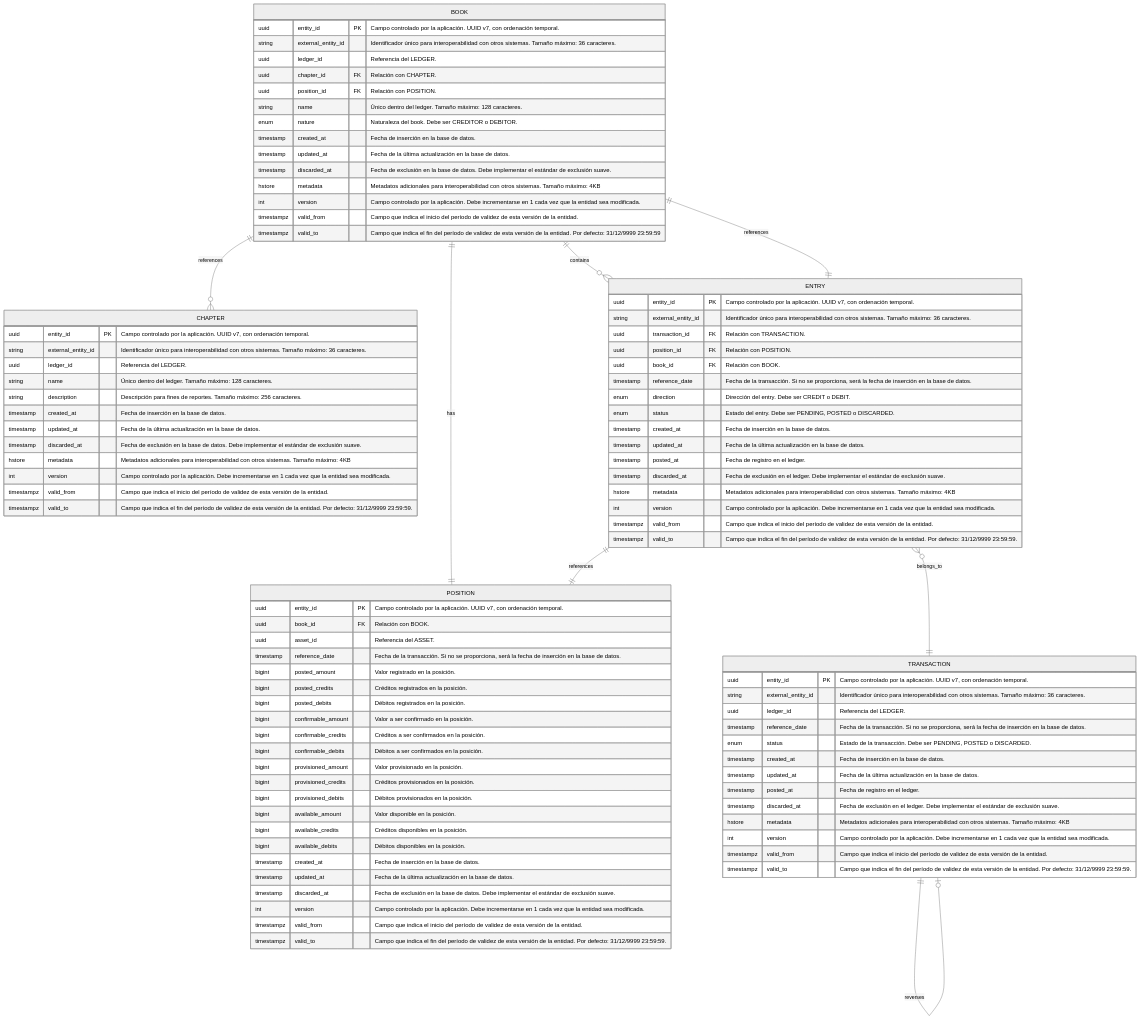
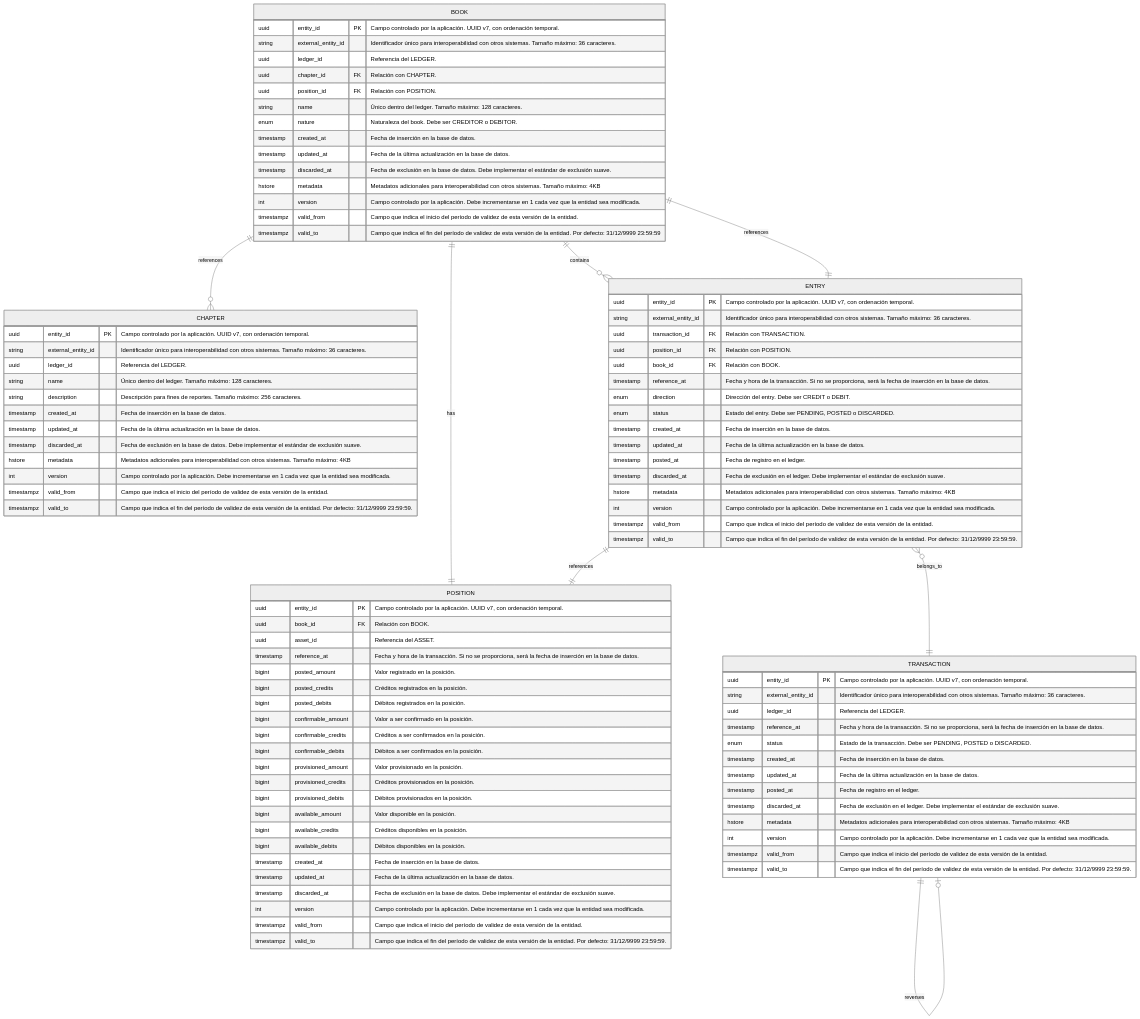
The second of 3 diagrams in i18n/es/docusaurus-plugin-content-docs/current/modules/lke/models/entity-relationship-diagram.md (guardiafinance/.github), drawn with Mermaid before and after one commit. The commit also changed other lines of this file and 28 other files, not shown here.

```diff
--- a/i18n/es/docusaurus-plugin-content-docs/current/modules/lke/models/entity-relationship-diagram.md
+++ b/i18n/es/docusaurus-plugin-content-docs/current/modules/lke/models/entity-relationship-diagram.md
@@ -160,7 +160,7 @@
         uuid entity_id PK "Campo controlado por la aplicación. UUID v7, con ordenación temporal."
         uuid book_id FK "Relación con BOOK."
         uuid asset_id "Referencia del ASSET."
-        timestamp reference_date "Fecha de la transacción. Si no se proporciona, será la fecha de inserción en la base de datos."
+        timestamp reference_at "Fecha y hora de la transacción. Si no se proporciona, será la fecha de inserción en la base de datos."
         bigint posted_amount "Valor registrado en la posición."
         bigint posted_credits "Créditos registrados en la posición."
         bigint posted_debits "Débitos registrados en la posición."
@@ -190,7 +190,7 @@
         uuid transaction_id FK "Relación con TRANSACTION."
         uuid position_id FK "Relación con POSITION."
         uuid book_id FK "Relación con BOOK."
-        timestamp reference_date "Fecha de la transacción. Si no se proporciona, será la fecha de inserción en la base de datos."
+        timestamp reference_at "Fecha y hora de la transacción. Si no se proporciona, será la fecha de inserción en la base de datos."
         enum direction "Dirección del entry. Debe ser CREDIT o DEBIT."
         enum status "Estado del entry. Debe ser PENDING, POSTED o DISCARDED."
         timestamp created_at "Fecha de inserción en la base de datos."
@@ -208,7 +208,7 @@
         uuid entity_id PK "Campo controlado por la aplicación. UUID v7, con ordenación temporal."
         string external_entity_id "Identificador único para interoperabilidad con otros sistemas. Tamaño máximo: 36 caracteres."
         uuid ledger_id "Referencia del LEDGER."
-        timestamp reference_date "Fecha de la transacción. Si no se proporciona, será la fecha de inserción en la base de datos."
+        timestamp reference_at "Fecha y hora de la transacción. Si no se proporciona, será la fecha de inserción en la base de datos."
         enum status "Estado de la transacción. Debe ser PENDING, POSTED o DISCARDED."
         timestamp created_at "Fecha de inserción en la base de datos."
         timestamp updated_at "Fecha de la última actualización en la base de datos."
```
